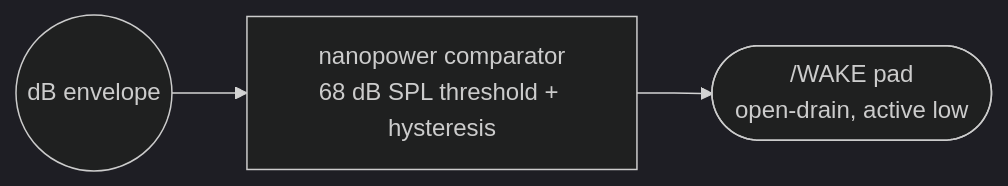
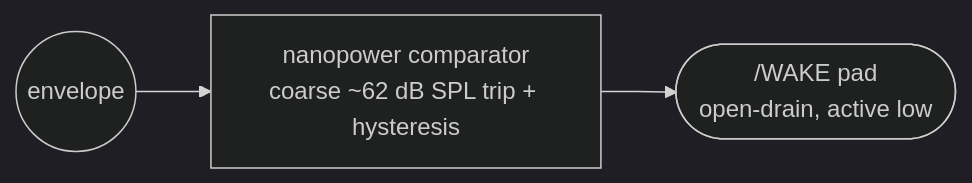
One commit to zackees/soundwake changed the fifth of 6 diagrams in README.md. Above: the diagram before and after it, drawn with Mermaid (dark theme). The commit also changed other lines of this file, not shown here.

Commit message:
docs: revise stage 2 to linear envelope with firmware dB conversion (#9)

````diff
--- a/README.md
+++ b/README.md
@@ -142,5 +144,5 @@
 ```mermaid
 flowchart LR
-    S3IN(("dB envelope")) --> CMP["nanopower comparator<br/>68 dB SPL threshold + hysteresis"]
+    S3IN(("envelope")) --> CMP["nanopower comparator<br/>coarse ~62 dB SPL trip + hysteresis"]
     CMP --> WK(["/WAKE pad<br/>open-drain, active low"])
 ```
````
